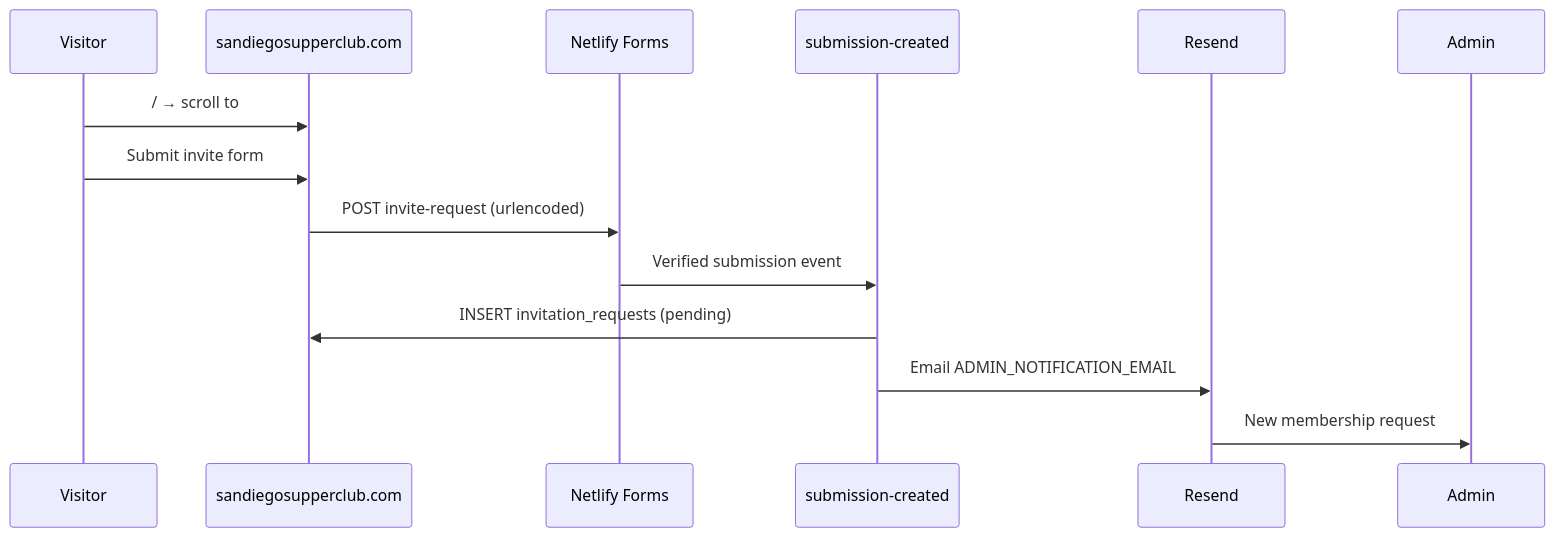
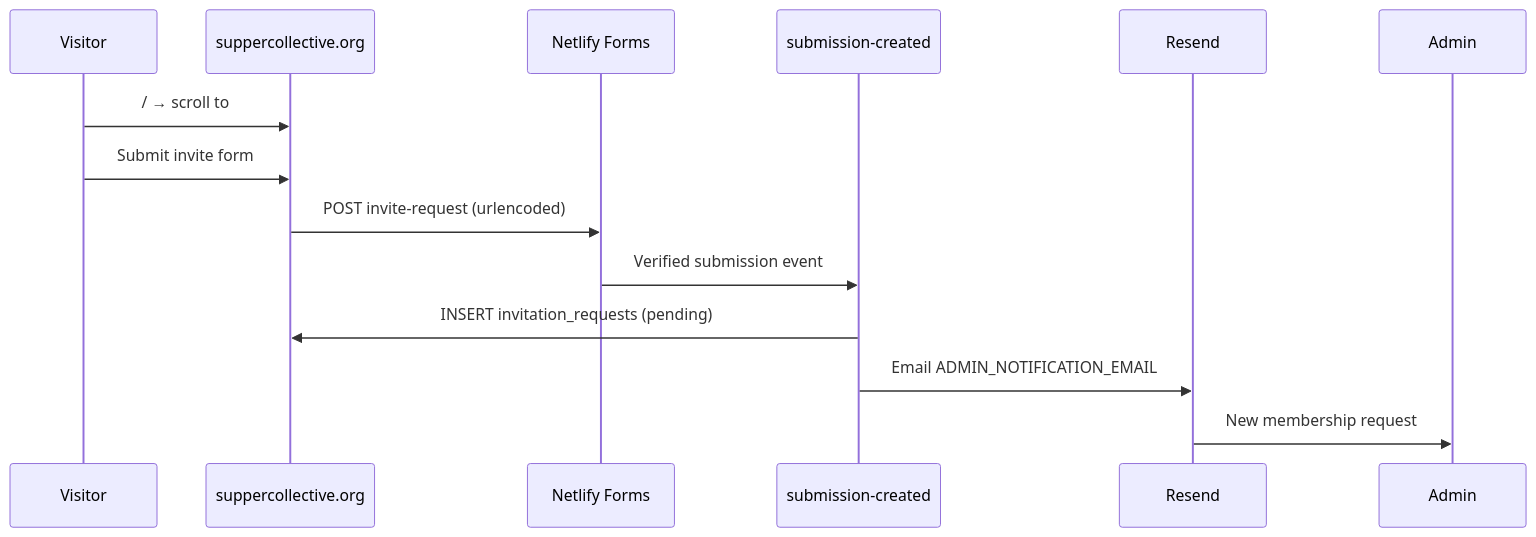
One commit to BowHendy/SDSupperClub-site changed the second of 5 diagrams in docs/sitemap.md. Above: the diagram before and after it, drawn with Mermaid. The commit also changed other lines of this file and 80 other files, not shown here.

````diff
--- a/docs/sitemap.md
+++ b/docs/sitemap.md
@@ -176,17 +186,17 @@
 ```mermaid
 sequenceDiagram
   participant Visitor
-  participant Site as sandiegosupperclub.com
+  participant Site as suppercollective.org
   participant Forms as Netlify Forms
   participant Fn as submission-created
   participant Resend
   participant Admin
 
   Visitor->>Site: / → scroll to #request-invite
   Visitor->>Site: Submit invite form
   Site->>Forms: POST invite-request (urlencoded)
   Forms->>Fn: Verified submission event
   Fn->>Site: INSERT invitation_requests (pending)
   Fn->>Resend: Email ADMIN_NOTIFICATION_EMAIL
   Resend->>Admin: New membership request
 ```
````
